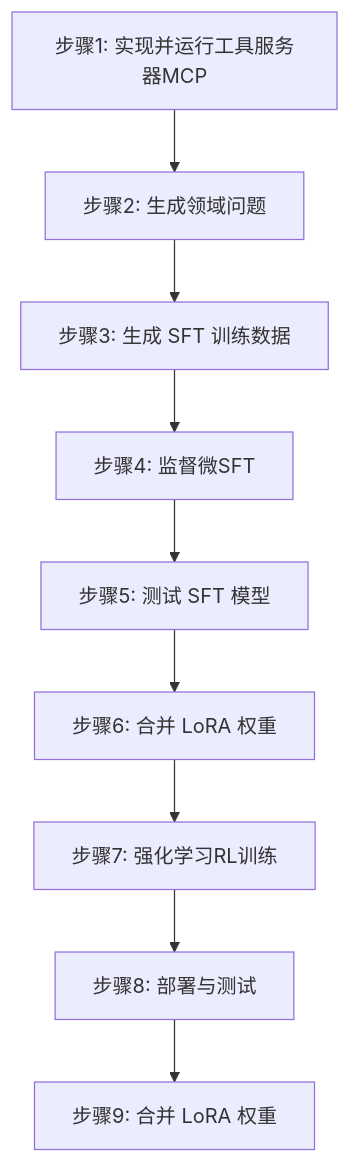
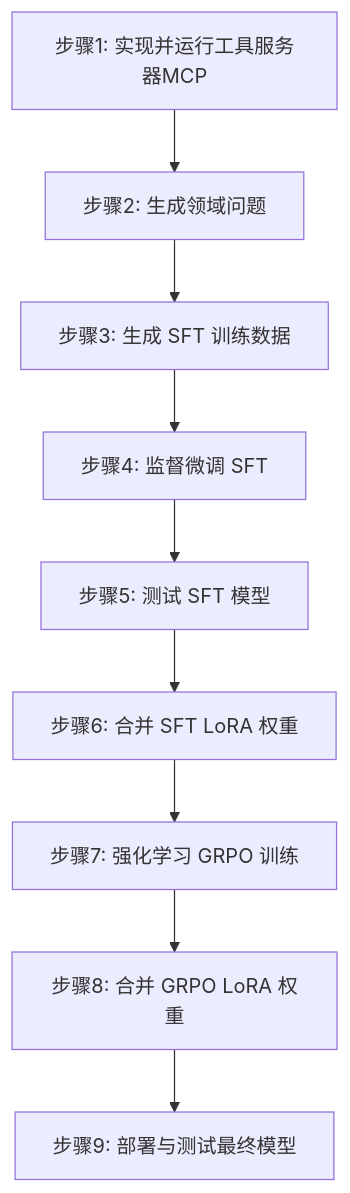
One commit to johnson7788/EasyTrainAgent changed the diagram in README_ZH.md. Above: the diagram before and after it, drawn with Mermaid. The commit also changed other lines of this file, not shown here.

````diff
--- a/README_ZH.md
+++ b/README_ZH.md
@@ -67,11 +67,11 @@
 ```mermaid
 flowchart TD
     A[步骤1: 实现并运行工具服务器MCP] --> B[步骤2: 生成领域问题]
     B --> C[步骤3: 生成 SFT 训练数据]
-    C --> D[步骤4: 监督微SFT]
+    C --> D[步骤4: 监督微调 SFT]
     D --> E[步骤5: 测试 SFT 模型]
-    E --> G[步骤6: 合并 LoRA 权重]
-    G --> H[步骤7: 强化学习RL训练]
-    H --> I[步骤8: 部署与测试]
-    I --> J[步骤9: 合并 LoRA 权重]
+    E --> F[步骤6: 合并 SFT LoRA 权重]
+    F --> G[步骤7: 强化学习 GRPO 训练]
+    G --> H[步骤8: 合并 GRPO LoRA 权重]
+    H --> I[步骤9: 部署与测试最终模型]
 ```
````
